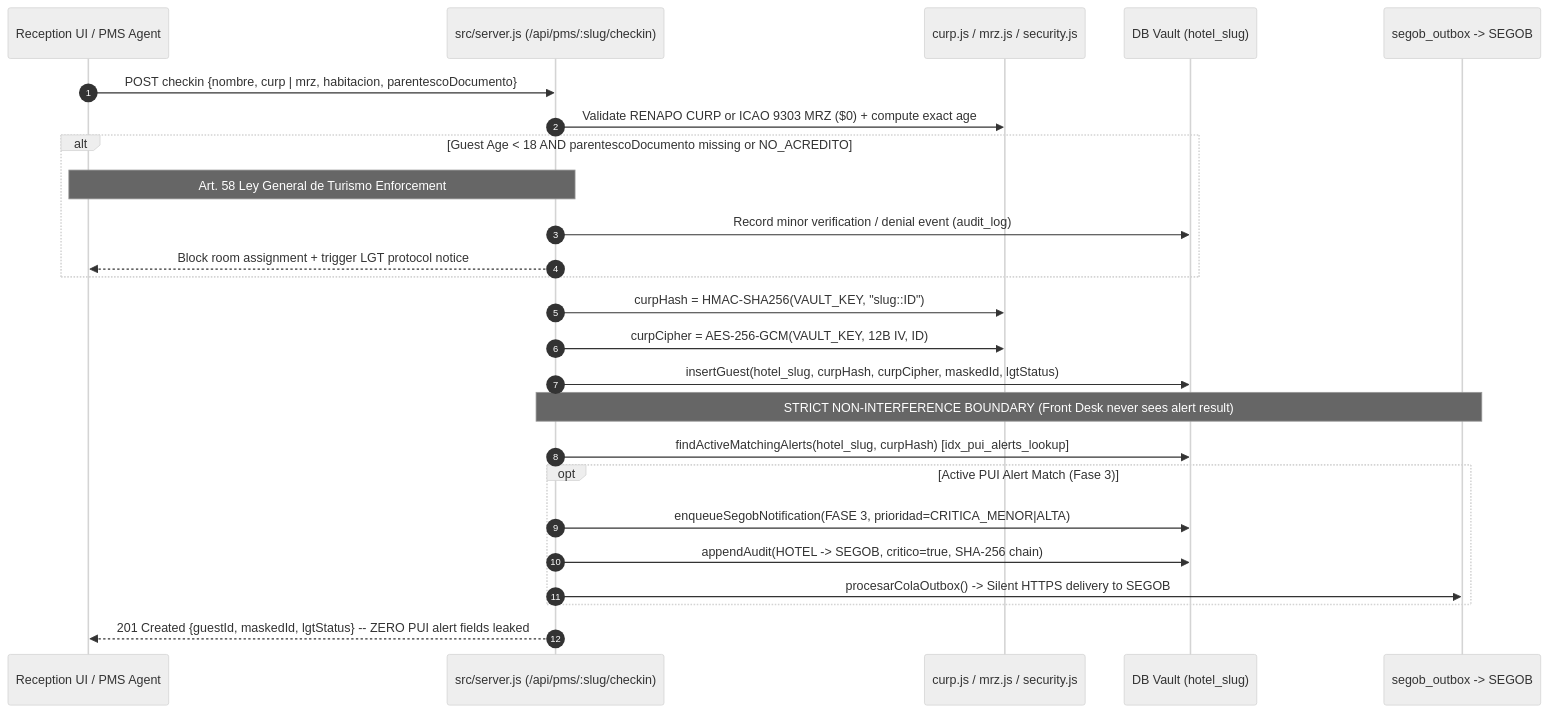
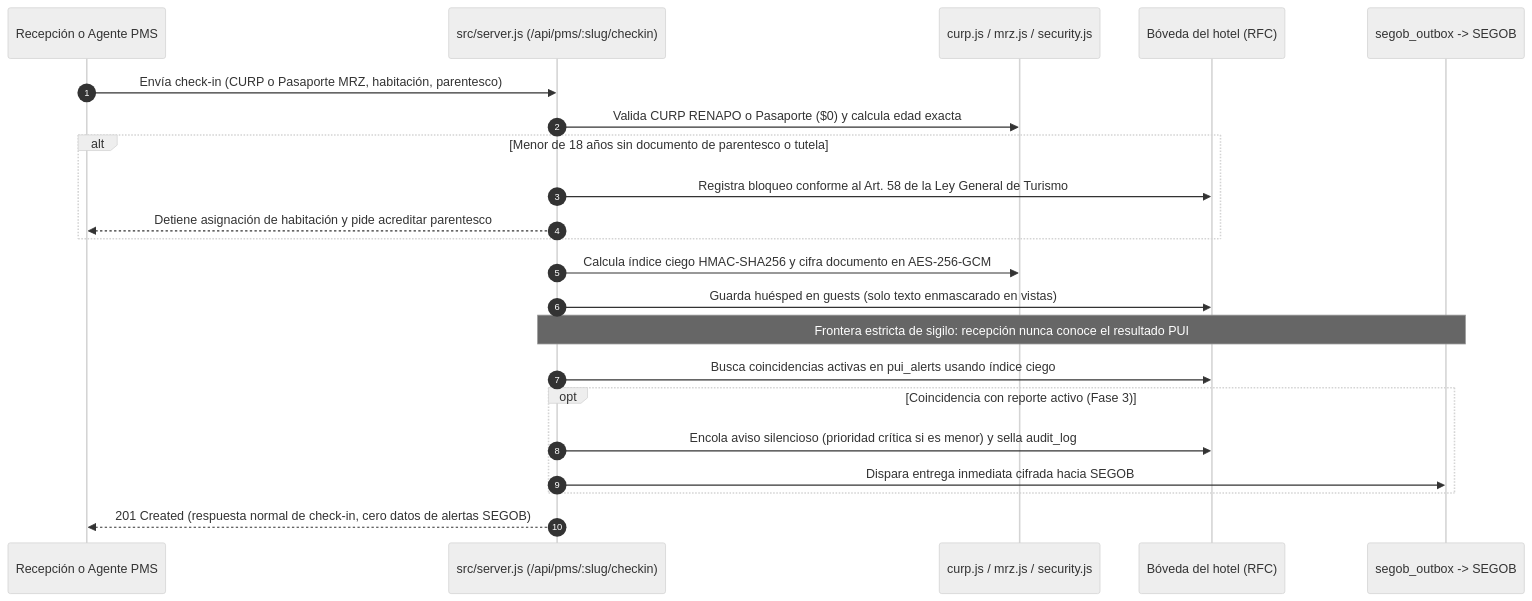
The third of 3 diagrams in docs/ARQUITECTURA_TECNICA_INGENIERIA.md (jesusoldekamp-hue/portico-hospitality), drawn with Mermaid (neutral theme) before and after one commit. The commit also changed other lines of this file and 1 other file, not shown here.

Commit message:
Redesign Engineering Architecture PDF and spec in 100% clear Spanish with improved UI/UX

````diff
--- a/docs/ARQUITECTURA_TECNICA_INGENIERIA.md
+++ b/docs/ARQUITECTURA_TECNICA_INGENIERIA.md
@@ -126,33 +118,30 @@
 ```mermaid
 sequenceDiagram
     autonumber
-    participant FD as Reception UI / PMS Agent
+    participant REC as Recepción o Agente PMS
     participant API as src/server.js (/api/pms/:slug/checkin)
-    participant ID as curp.js / mrz.js / security.js
-    participant DB as DB Vault (hotel_slug)
+    participant VAL as curp.js / mrz.js / security.js
+    participant DB as Bóveda del hotel (RFC)
     participant OB as segob_outbox -> SEGOB
 
-    FD->>API: POST checkin {nombre, curp | mrz, habitacion, parentescoDocumento}
-    API->>ID: Validate RENAPO CURP or ICAO 9303 MRZ ($0) + compute exact age
+    REC->>API: Envía check-in (CURP o Pasaporte MRZ, habitación, parentesco)
+    API->>VAL: Valida CURP RENAPO o Pasaporte ($0) y calcula edad exacta
 
-    alt Guest Age < 18 AND parentescoDocumento missing or NO_ACREDITO
-        Note over API,FD: Art. 58 Ley General de Turismo Enforcement
-        API->>DB: Record minor verification / denial event (audit_log)
-        API-->>FD: Block room assignment + trigger LGT protocol notice
+    alt Menor de 18 años sin documento de parentesco o tutela
+        API->>DB: Registra bloqueo conforme al Art. 58 de la Ley General de Turismo
+        API-->>REC: Detiene asignación de habitación y pide acreditar parentesco
     end
 
-    API->>ID: curpHash = HMAC-SHA256(VAULT_KEY, "slug::ID")
-    API->>ID: curpCipher = AES-256-GCM(VAULT_KEY, 12B IV, ID)
-    API->>DB: insertGuest(hotel_slug, curpHash, curpCipher, maskedId, lgtStatus)
+    API->>VAL: Calcula índice ciego HMAC-SHA256 y cifra documento en AES-256-GCM
+    API->>DB: Guarda huésped en guests (solo texto enmascarado en vistas)
 
-    Note over API,OB: STRICT NON-INTERFERENCE BOUNDARY (Front Desk never sees alert result)
-    API->>DB: findActiveMatchingAlerts(hotel_slug, curpHash) [idx_pui_alerts_lookup]
+    Note over API,OB: Frontera estricta de sigilo: recepción nunca conoce el resultado PUI
+    API->>DB: Busca coincidencias activas en pui_alerts usando índice ciego
 
-    opt Active PUI Alert Match (Fase 3)
-        API->>DB: enqueueSegobNotification(FASE 3, prioridad=CRITICA_MENOR|ALTA)
-        API->>DB: appendAudit(HOTEL -> SEGOB, critico=true, SHA-256 chain)
-        API->>OB: procesarColaOutbox() -> Silent HTTPS delivery to SEGOB
+    opt Coincidencia con reporte activo (Fase 3)
+        API->>DB: Encola aviso silencioso (prioridad crítica si es menor) y sella audit_log
+        API->>OB: Dispara entrega inmediata cifrada hacia SEGOB
     end
 
-    API-->>FD: 201 Created {guestId, maskedId, lgtStatus} -- ZERO PUI alert fields leaked
+    API-->>REC: 201 Created (respuesta normal de check-in, cero datos de alertas SEGOB)
 ```
````
